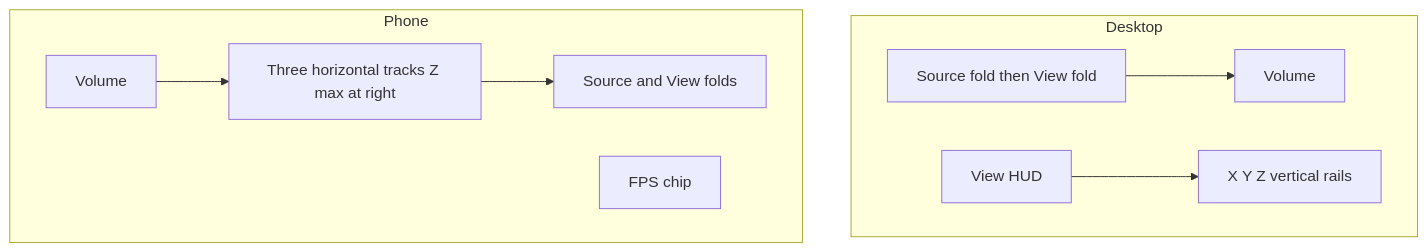
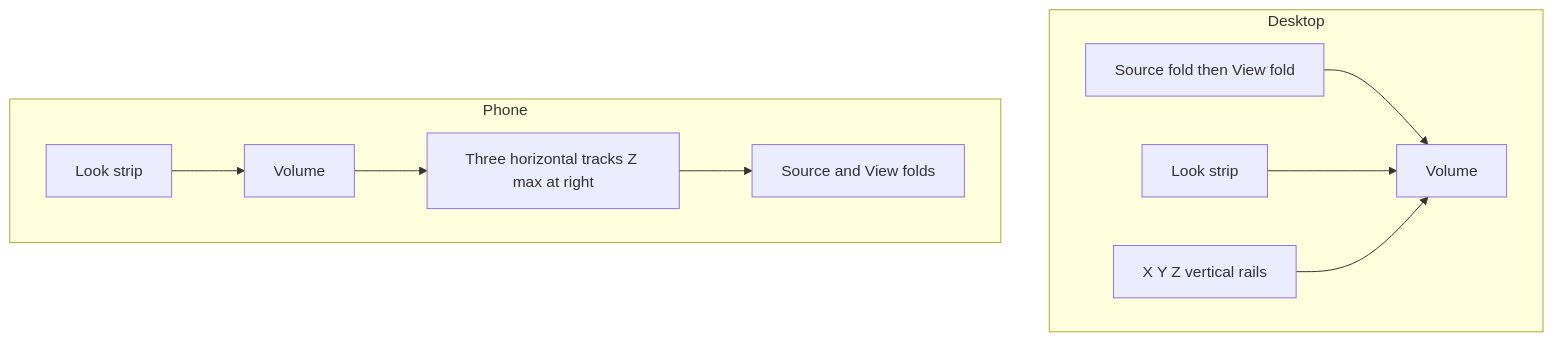
Diagram 23 of 36 in architecture.md (PiMaV/DONNER), drawn with Mermaid before and after one commit. The commit also changed other lines of this file and 11 other files, not shown here.

Commit message:
Split Look shortcuts and FPS telemetry off the View rail so shade, Fit, and the bench card stay usable while changing settings.

````diff
--- a/architecture.md
+++ b/architecture.md
@@ -688,19 +693,21 @@
 ```mermaid
 flowchart TB
   subgraph desktop [Desktop]
     sheetD[Source fold then View fold]
     volD[Volume]
-    hudD[View HUD]
+    lookD[Look strip]
     zD[X Y Z vertical rails]
     sheetD --> volD
-    hudD --> zD
+    lookD --> volD
+    zD --> volD
   end
   subgraph phone [Phone]
     volP[Volume]
     zP[Three horizontal tracks Z max at right]
     barP[Source and View folds]
-    chipP[FPS chip]
+    lookP[Look strip]
     volP --> zP
     zP --> barP
+    lookP --> volP
   end
 ```
````
